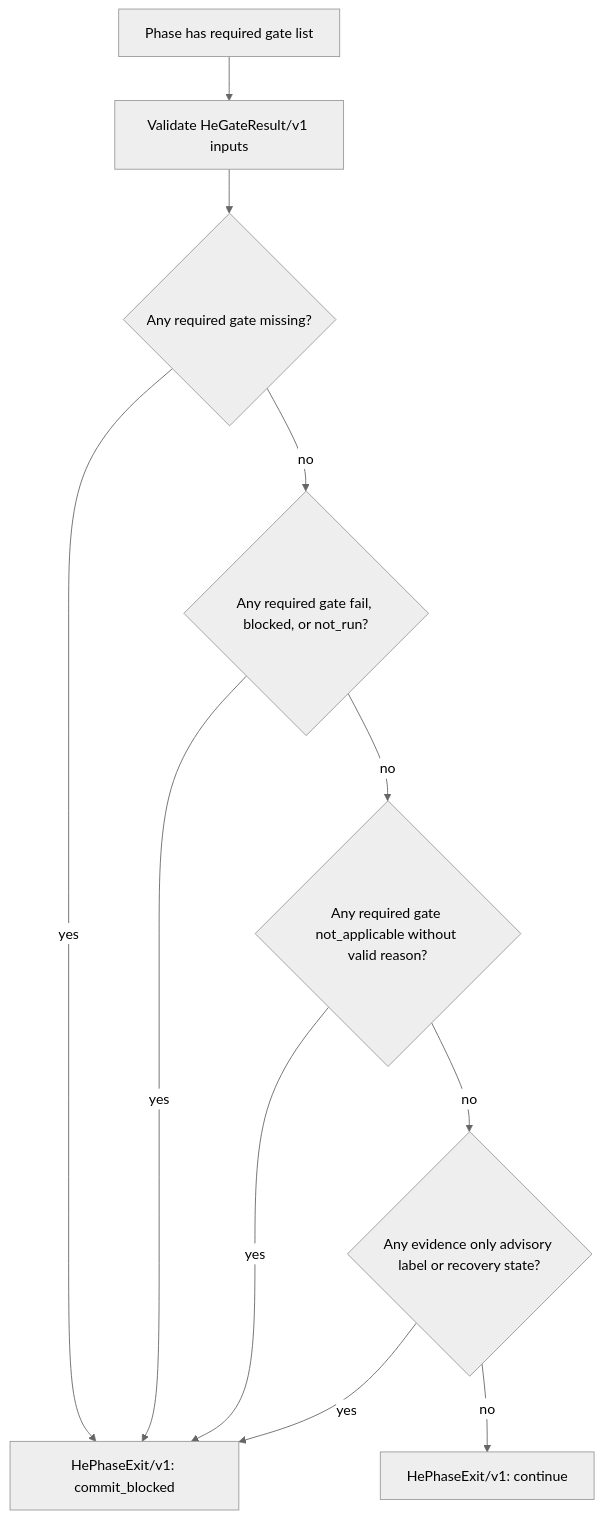
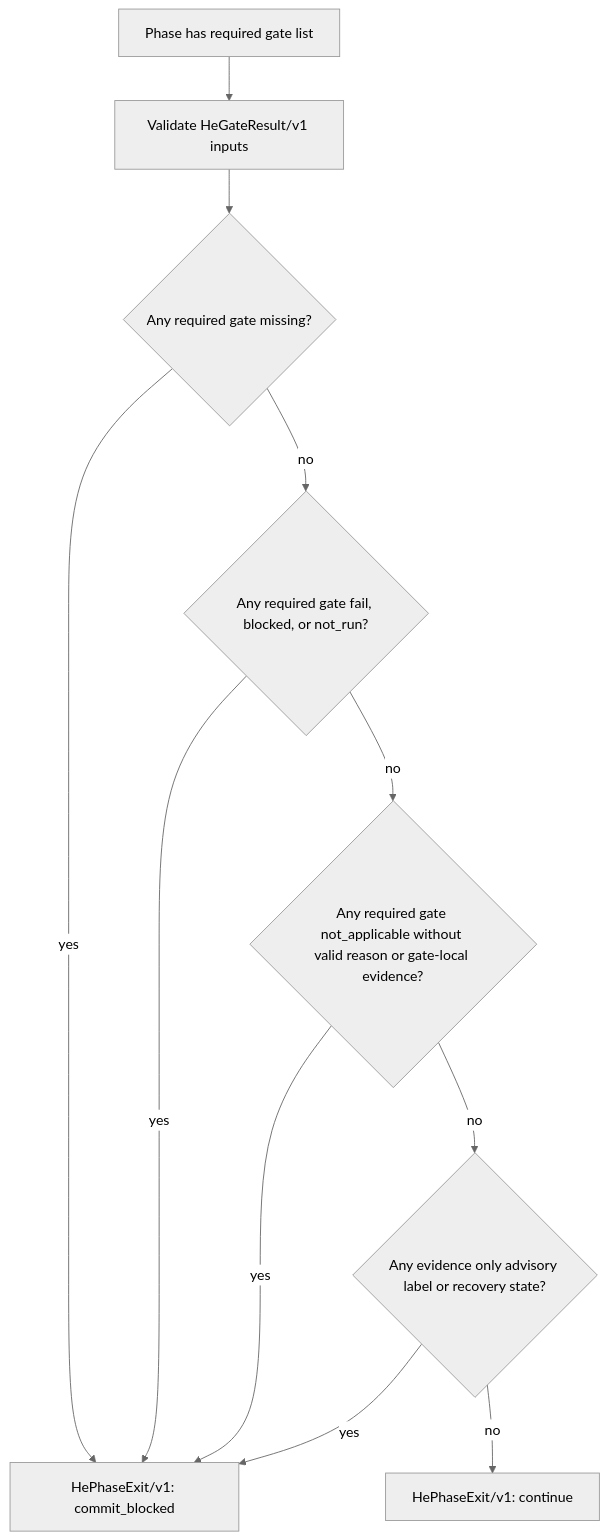
One commit to jscraik/coding-harness changed the diagram in .harness/specs/2026-05-13-jsc-311-he-phase-exit-evidence-gates-spec.md. Above: the diagram before and after it, drawn with Mermaid (neutral theme). The commit also changed other lines of this file and 2 other files, not shown here.

First line of the commit message:
fix(decision): tighten phase-exit evidence validation

````diff
--- a/.harness/specs/2026-05-13-jsc-311-he-phase-exit-evidence-gates-spec.md
+++ b/.harness/specs/2026-05-13-jsc-311-he-phase-exit-evidence-gates-spec.md
@@ -620,13 +622,13 @@
 ```mermaid
 flowchart TD
     A["Phase has required gate list"] --> B["Validate HeGateResult/v1 inputs"]
     B --> C{"Any required gate missing?"}
     C -->|yes| X["HePhaseExit/v1: commit_blocked"]
     C -->|no| D{"Any required gate fail, blocked, or not_run?"}
     D -->|yes| X
-    D -->|no| E{"Any required gate not_applicable without valid reason?"}
+    D -->|no| E{"Any required gate not_applicable without valid reason or gate-local evidence?"}
     E -->|yes| X
     E -->|no| F{"Any evidence only advisory label or recovery state?"}
     F -->|yes| X
     F -->|no| G["HePhaseExit/v1: continue"]
 ```
````
